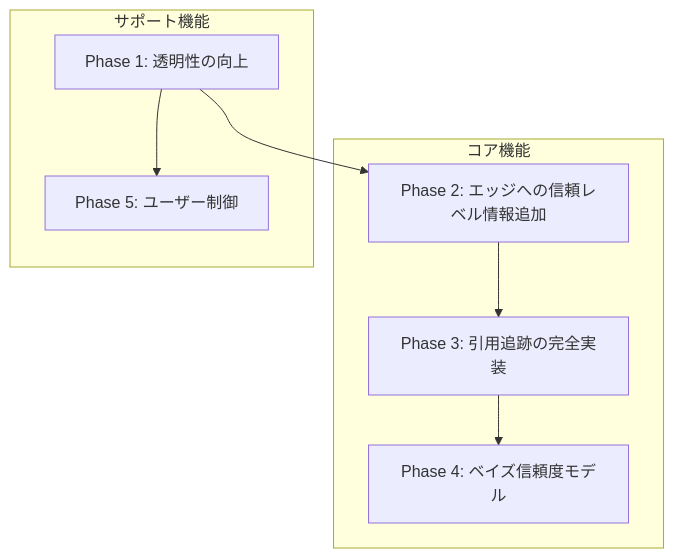
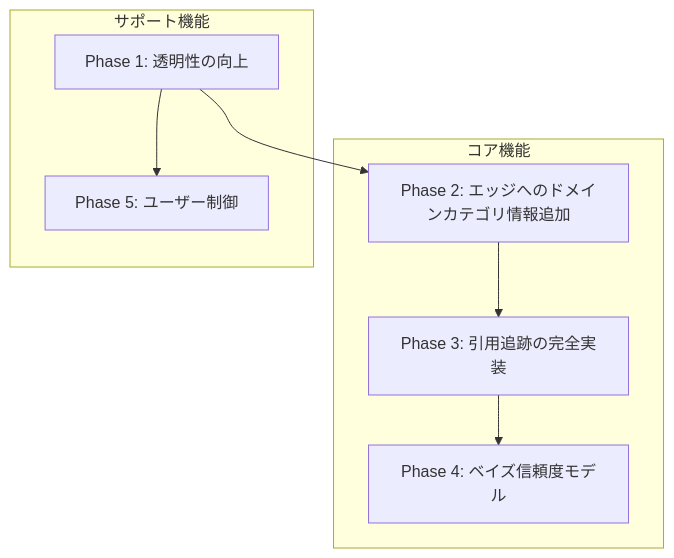
The diagram in docs/EVIDENCE_SYSTEM.md (k-shibuki/lyra), drawn with Mermaid before and after one commit. The commit also changed other lines of this file and 3 other files, not shown here.

````diff
--- a/docs/EVIDENCE_SYSTEM.md
+++ b/docs/EVIDENCE_SYSTEM.md
@@ -1519,24 +1632,24 @@
 ```mermaid
 graph TD
     P1[Phase 1: 透明性の向上]
-    P2[Phase 2: エッジへの信頼レベル情報追加]
+    P2[Phase 2: エッジへのドメインカテゴリ情報追加]
     P3[Phase 3: 引用追跡の完全実装]
     P4[Phase 4: ベイズ信頼度モデル]
     P5[Phase 5: ユーザー制御]
 
     P1 --> P2
     P2 --> P3
     P3 --> P4
     P1 --> P5
 
     subgraph core [コア機能]
         P2
         P3
         P4
     end
 
     subgraph support [サポート機能]
         P1
         P5
     end
 ```
````
